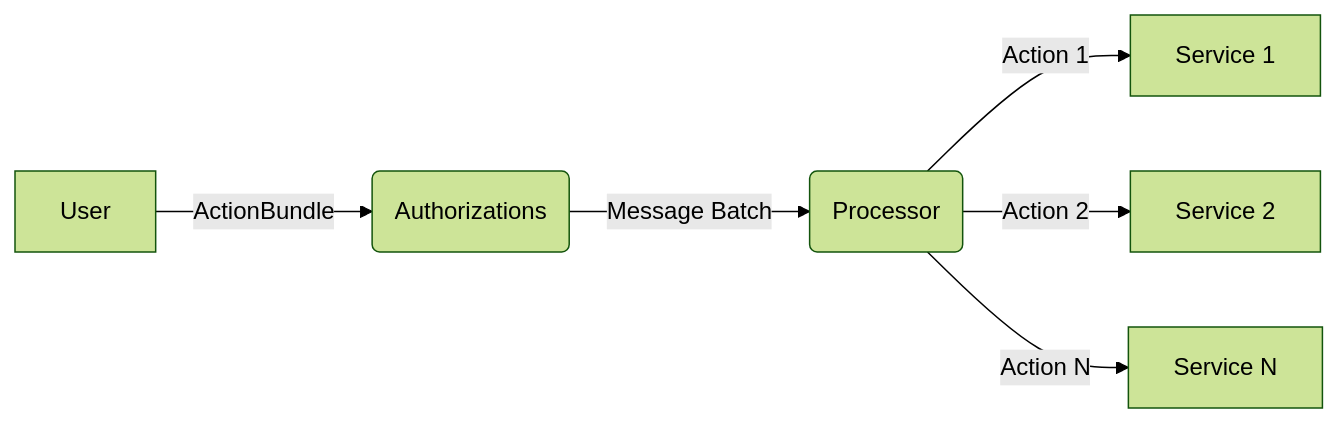
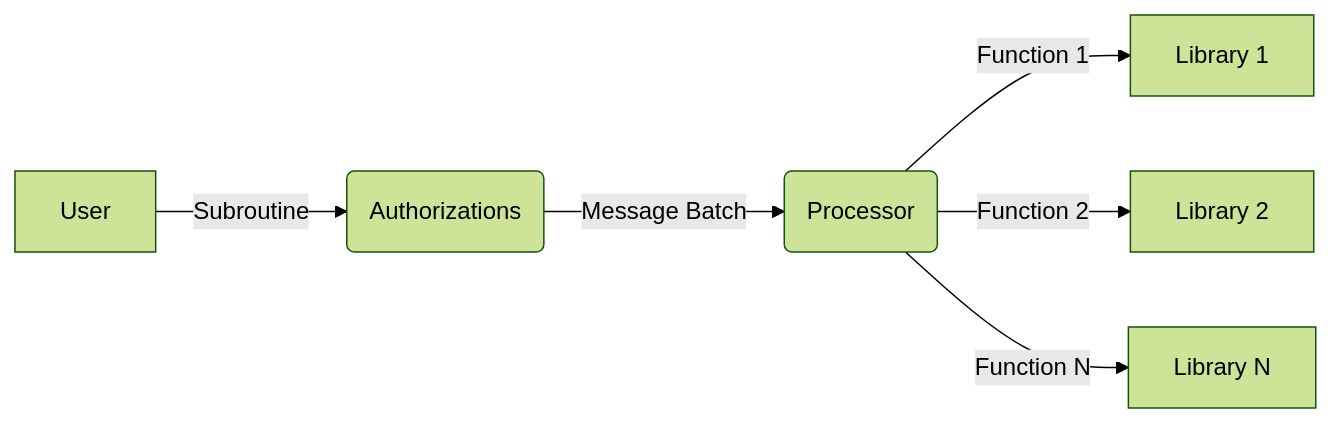
The diagram in docs/src/components/authorizations_and_execution.md (timewave-computer/valence-protocol), drawn with Mermaid (forest theme) before and after one commit. The commit also changed other lines of this file and 15 other files, not shown here.

````diff
--- a/docs/src/components/authorizations_and_execution.md
+++ b/docs/src/components/authorizations_and_execution.md
@@ -26,8 +27,8 @@
 ```mermaid
 graph LR;
-	User --> |ActionBundle| Auth(Authorizations)
+	User --> |Subroutine| Auth(Authorizations)
 	Auth --> |Message Batch| P(Processor)
-	P --> |Action 1| S1[Service 1]
-	P --> |Action 2| S2[Service 2]
-	P --> |Action N| S3[Service N]
+	P --> |Function 1| S1[Library 1]
+	P --> |Function 2| S2[Library 2]
+	P --> |Function N| S3[Library N]
 ```
````
